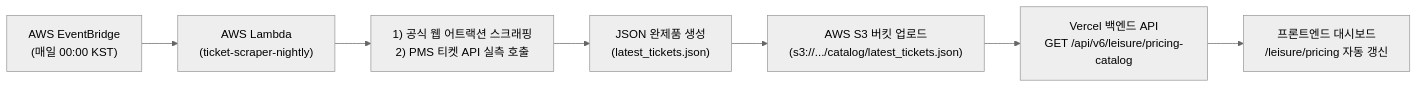
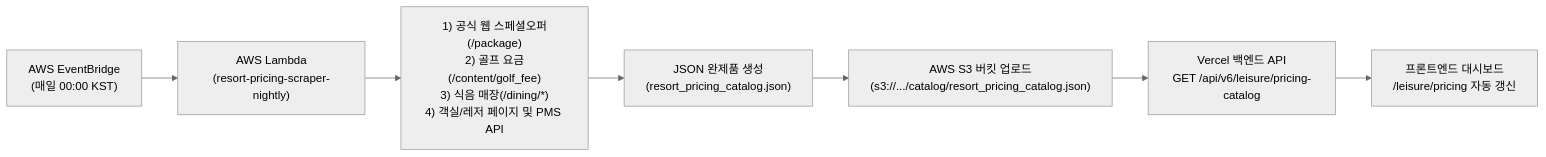
Before and after one commit to tjkim448532/belleforet-dashboard: the diagram in backend_request.md, drawn with Mermaid (neutral theme). The commit also changed other lines of this file and 4 other files, not shown here.

````diff
--- a/backend_request.md
+++ b/backend_request.md
@@ -2935,9 +2935,9 @@
 ```mermaid
 flowchart LR
-    A["AWS EventBridge<br>(매일 00:00 KST)"] --> B["AWS Lambda<br>(ticket-scraper-nightly)"]
-    B --> C["1) 공식 웹 어트랙션 스크래핑<br>2) PMS 티켓 API 실측 호출"]
-    C --> D["JSON 완제품 생성<br>(latest_tickets.json)"]
-    D --> E["AWS S3 버킷 업로드<br>(s3://.../catalog/latest_tickets.json)"]
+    A["AWS EventBridge<br>(매일 00:00 KST)"] --> B["AWS Lambda<br>(resort-pricing-scraper-nightly)"]
+    B --> C["1) 공식 웹 스페셜오퍼(/package)<br>2) 골프 요금(/content/golf_fee)<br>3) 식음 매장(/dining/*)<br>4) 객실/레저 페이지 및 PMS API"]
+    C --> D["JSON 완제품 생성<br>(resort_pricing_catalog.json)"]
+    D --> E["AWS S3 버킷 업로드<br>(s3://.../catalog/resort_pricing_catalog.json)"]
     E --> F["Vercel 백엔드 API<br>GET /api/v6/leisure/pricing-catalog"]
     F --> G["프론트엔드 대시보드<br>/leisure/pricing 자동 갱신"]
 ```
````
